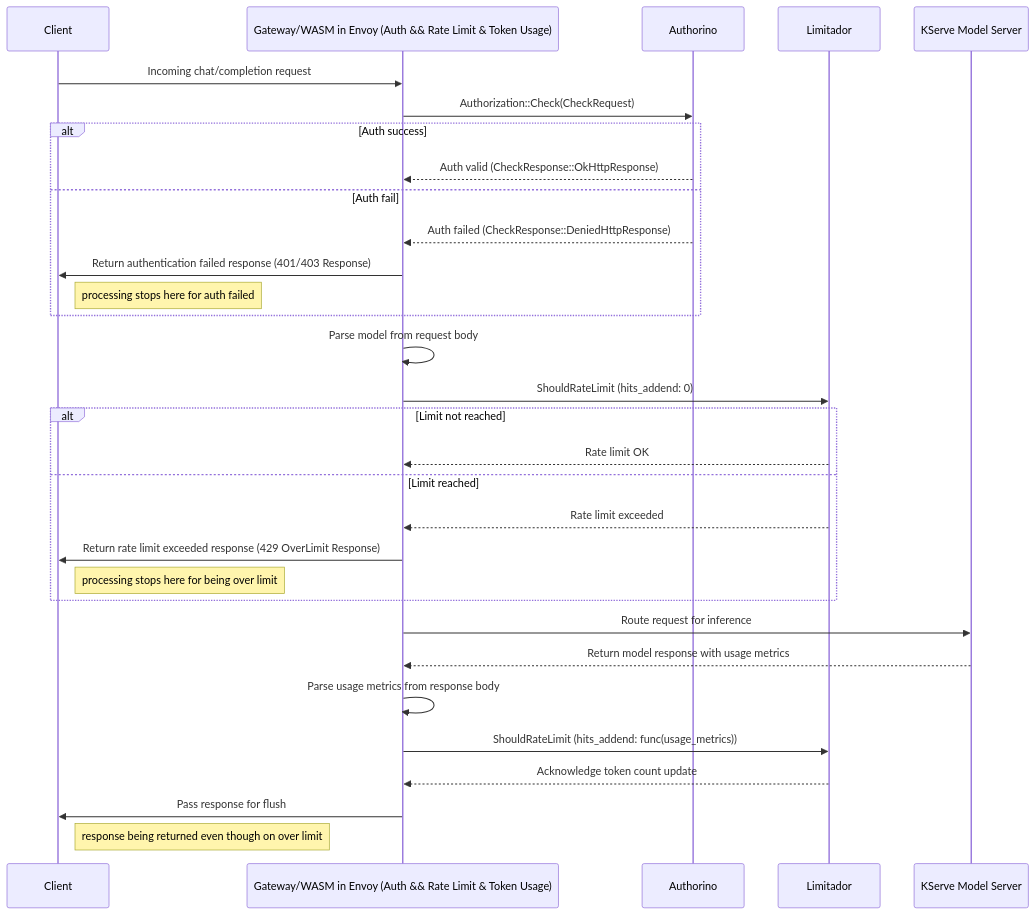
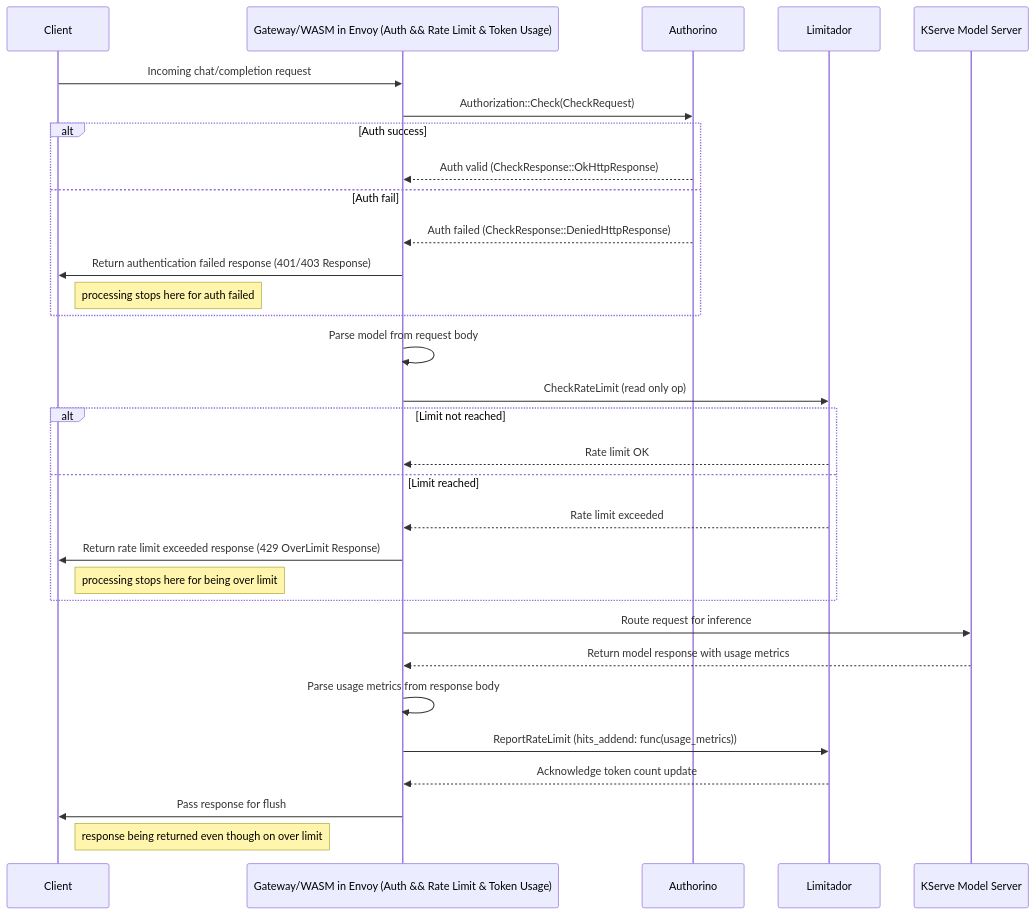
One commit to Kuadrant/architecture changed the diagram in rfcs/0013-ai-policies.md. Above: the diagram before and after it, drawn with Mermaid.

Commit message:
update token rate limit sequence diagram:
- at request phase: check rate limit being a read only operation
- at response phase: report rate limit tokens: only update tokens, ignoring response

````diff
--- a/rfcs/0013-ai-policies.md
+++ b/rfcs/0013-ai-policies.md
@@ -233,47 +233,47 @@
 ```mermaid
 sequenceDiagram
   participant C as Client
   participant GW as Gateway/WASM in Envoy (Auth && Rate Limit & Token Usage)
   participant A as Authorino
   participant L as Limitador
   participant MS as KServe Model Server
 
   %% initial req
   C->>GW: Incoming chat/completion request
 
   %% JWT authentication check via Authorino
   GW->>A: Authorization::Check(CheckRequest)
   alt Auth success
     A-->>GW: Auth valid (CheckResponse::OkHttpResponse)
   else Auth fail
     A-->>GW: Auth failed (CheckResponse::DeniedHttpResponse)
     GW->>C: Return authentication failed response (401/403 Response)
     note right of C: processing stops here for auth failed
   end
 
   %% pre-model-server token rate limiting check
   GW->>GW: Parse model from request body
-  GW->>L: ShouldRateLimit (hits_addend: 0)
+  GW->>L: CheckRateLimit (read only op)
   alt Limit not reached
     L-->>GW: Rate limit OK
   else Limit reached
     L-->>GW: Rate limit exceeded
     GW->>C: Return rate limit exceeded response (429 OverLimit Response)
     note right of C: processing stops here for being over limit
   end
 
   %% Route request for inference
   GW->>MS: Route request for inference
   MS-->>GW: Return model response with usage metrics
 
   %% process response: parse usage metrics from model response
   GW->>GW: Parse usage metrics from response body
 
   %% update token usage count via Limitador
-  GW->>L: ShouldRateLimit (hits_addend: func(usage_metrics))
+  GW->>L: ReportRateLimit (hits_addend: func(usage_metrics))
   L-->>GW: Acknowledge token count update
 
   %% final inference response: deliver back to client
   GW->>C: Pass response for flush
   note right of C: response being returned even though on over limit
 ```
````
